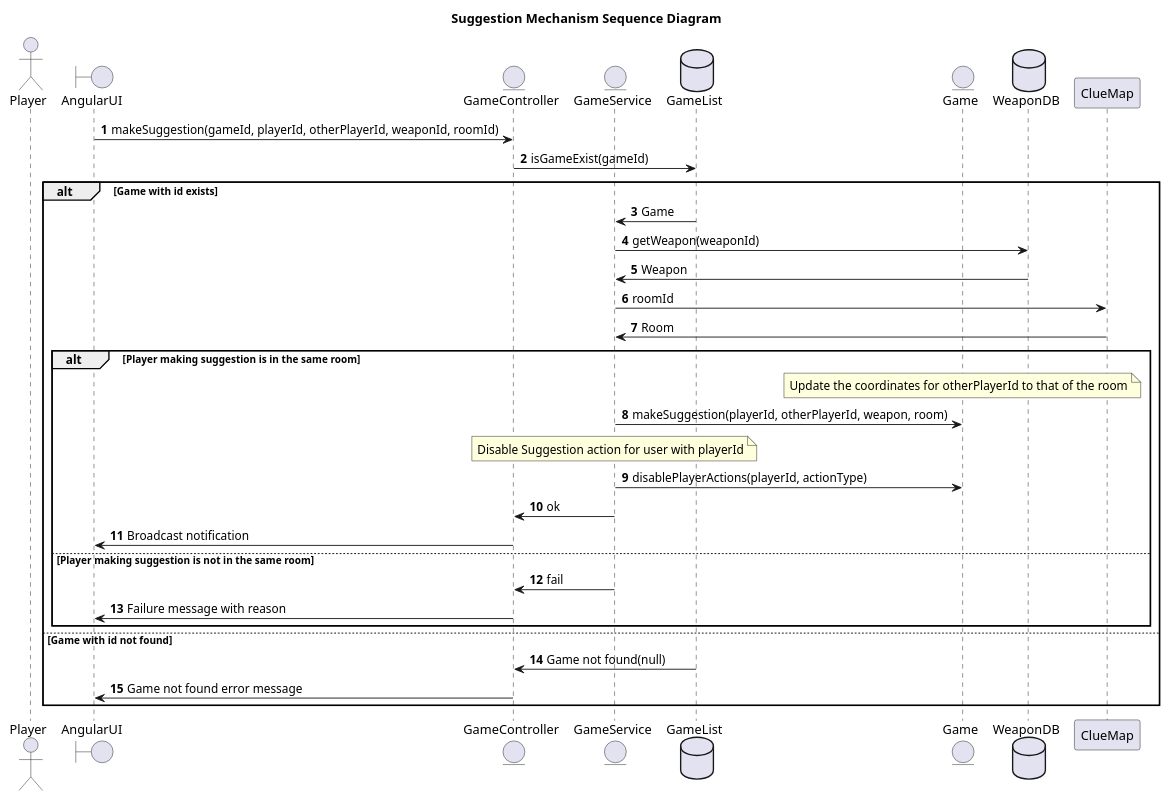
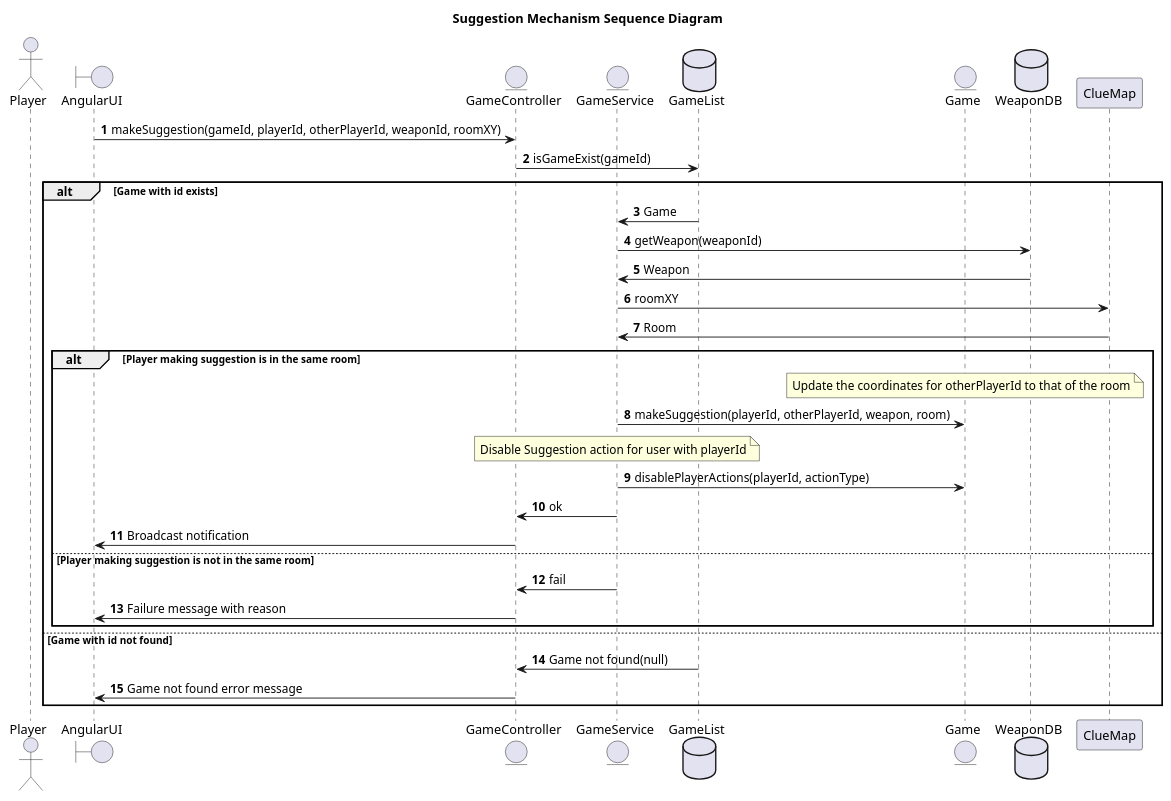
The diagram in clue-less-backend/suggestion.puml (gurmsc5/Clue-Less), drawn with PlantUML before and after one commit.

Commit message:
Updated makeSuggestion interface

```diff
--- a/clue-less-backend/suggestion.puml
+++ b/clue-less-backend/suggestion.puml
@@ -1,39 +1,39 @@
 @startuml
 'https://plantuml.com/sequence-diagram
 
 title Suggestion Mechanism Sequence Diagram
 
 autonumber
 actor Player
 boundary AngularUI
 entity GameController
 entity GameService
 database GameList
-AngularUI -> GameController: makeSuggestion(gameId, playerId, otherPlayerId, weaponId, roomId)
+AngularUI -> GameController: makeSuggestion(gameId, playerId, otherPlayerId, weaponId, roomXY)
 GameController -> GameList: isGameExist(gameId)
 entity Game
 database WeaponDB
 
 alt Game with id exists
     GameList -> GameService: Game
     GameService -> WeaponDB: getWeapon(weaponId)
     WeaponDB -> GameService: Weapon
-    GameService -> ClueMap: roomId
+    GameService -> ClueMap: roomXY
     ClueMap -> GameService: Room
     alt Player making suggestion is in the same room
         note over Game: Update the coordinates for otherPlayerId to that of the room
         GameService -> Game: makeSuggestion(playerId, otherPlayerId, weapon, room)
         note over GameService: Disable Suggestion action for user with playerId
         GameService -> Game: disablePlayerActions(playerId, actionType)
         GameService -> GameController: ok
         GameController -> AngularUI: Broadcast notification
     else Player making suggestion is not in the same room
         GameService -> GameController: fail
         GameController -> AngularUI: Failure message with reason
     end
 
 else Game with id not found
     GameList -> GameController: Game not found(null)
     GameController -> AngularUI: Game not found error message
 end
 @enduml
```
